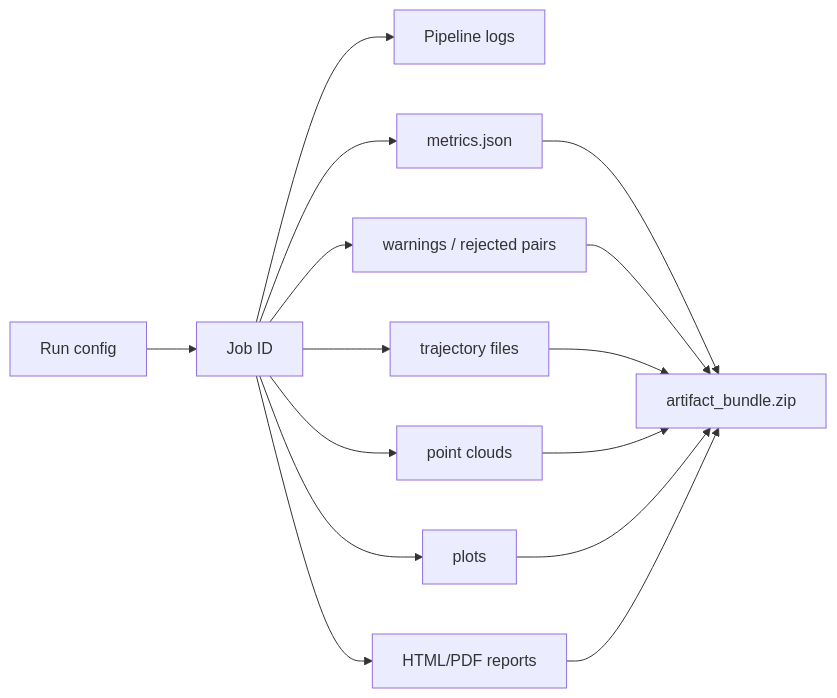
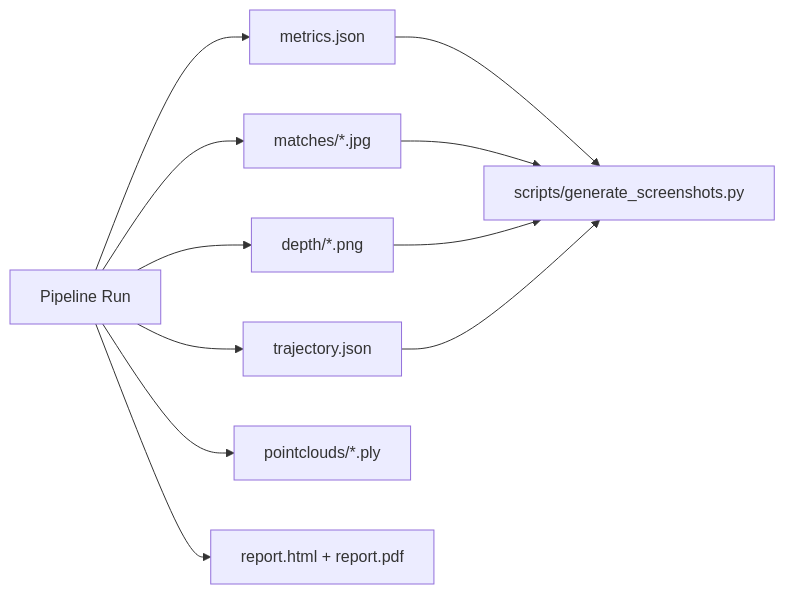
The third of 3 diagrams in README.md (HUSNAIN-MUNAWAR/SceneMotion-3D), drawn with Mermaid before and after one commit. The commit also changed other lines of this file and 36 other files, not shown here.

````diff
--- a/README.md
+++ b/README.md
@@ -214,17 +113,13 @@
 ```mermaid
 flowchart LR
-    CFG[Run config] --> JOB[Job ID]
-    JOB --> LOGS[Pipeline logs]
-    JOB --> MET[metrics.json]
-    JOB --> WARN[warnings / rejected pairs]
-    JOB --> TRAJ[trajectory files]
-    JOB --> PC[point clouds]
-    JOB --> PLOTS[plots]
-    JOB --> REP[HTML/PDF reports]
-    MET --> ZIP[artifact_bundle.zip]
-    WARN --> ZIP
-    TRAJ --> ZIP
-    PC --> ZIP
-    PLOTS --> ZIP
-    REP --> ZIP
+    Run[Pipeline Run] --> Metrics[metrics.json]
+    Run --> Trajectory[trajectory.json]
+    Run --> Matches[matches/*.jpg]
+    Run --> DepthMaps[depth/*.png]
+    Run --> PointClouds[pointclouds/*.ply]
+    Run --> Reports[report.html + report.pdf]
+    Metrics --> Screenshots[scripts/generate_screenshots.py]
+    Matches --> Screenshots
+    DepthMaps --> Screenshots
+    Trajectory --> Screenshots
 ```
````
